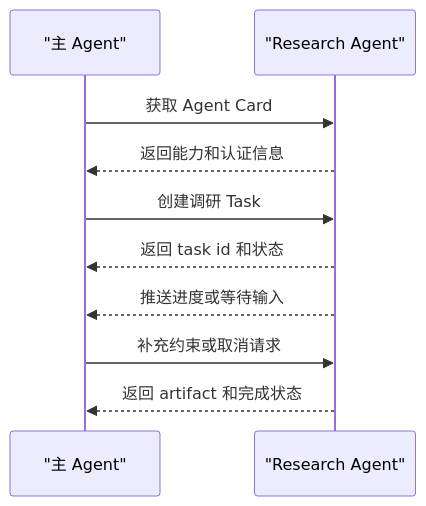
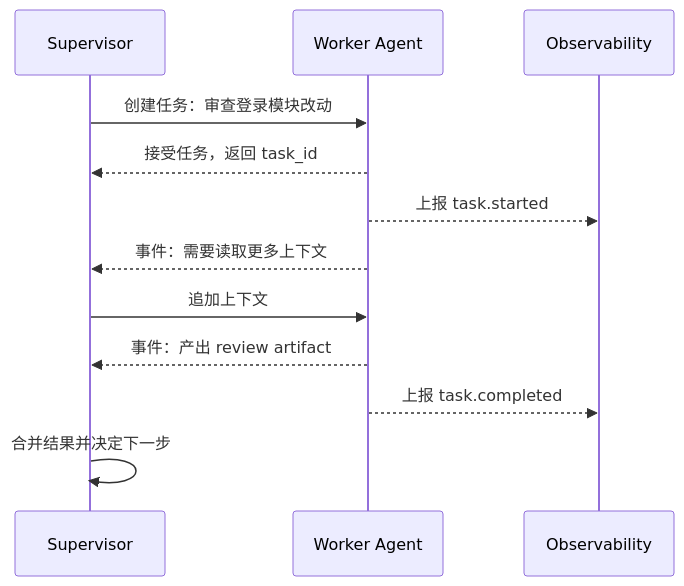
One commit to Doge2077/liyyro changed the diagram in docs/AI/Agent/Agent协议专题/A2A与Agent间通信.md. Above: the diagram before and after it, drawn with Mermaid. The commit also changed other lines of this file and 27 other files, not shown here.

````diff
--- a/docs/AI/Agent/Agent协议专题/A2A与Agent间通信.md
+++ b/docs/AI/Agent/Agent协议专题/A2A与Agent间通信.md
@@ -38,13 +47,15 @@
 ```mermaid
 sequenceDiagram
-  participant A as "主 Agent"
-  participant B as "Research Agent"
+  participant S as Supervisor
+  participant A as Worker Agent
+  participant O as Observability
 
-  A->>B: 获取 Agent Card
-  B-->>A: 返回能力和认证信息
-  A->>B: 创建调研 Task
-  B-->>A: 返回 task id 和状态
-  B-->>A: 推送进度或等待输入
-  A->>B: 补充约束或取消请求
-  B-->>A: 返回 artifact 和完成状态
+  S->>A: 创建任务：审查登录模块改动
+  A-->>S: 接受任务，返回 task_id
+  A-->>O: 上报 task.started
+  A-->>S: 事件：需要读取更多上下文
+  S->>A: 追加上下文
+  A-->>S: 事件：产出 review artifact
+  A-->>O: 上报 task.completed
+  S->>S: 合并结果并决定下一步
 ```
````
